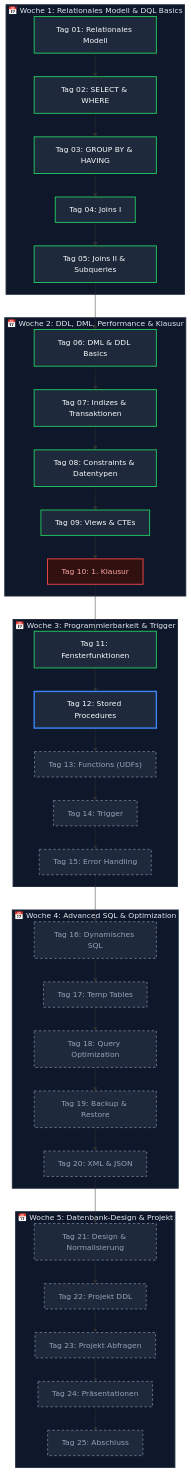
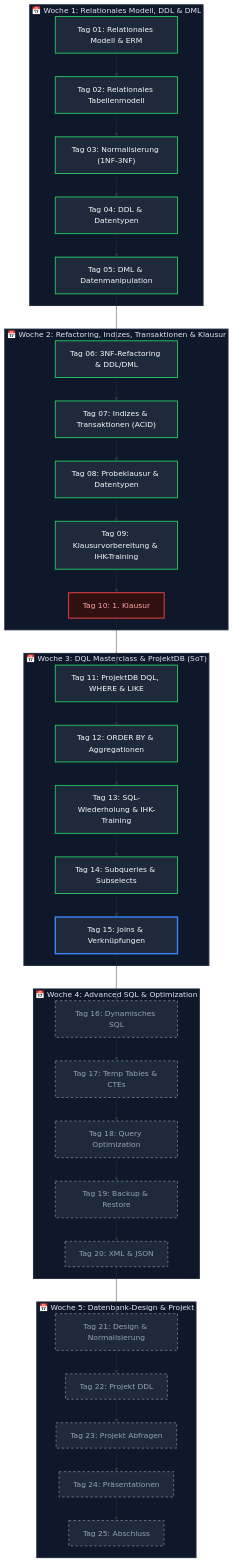
One commit to T-Boyke/SQL-Fundamentals changed the first of 2 diagrams in README.md. Above: the diagram before and after it, drawn with Mermaid. The commit also changed other lines of this file and 1 other file, not shown here.

Commit message:
docs(root): synchronize roadmap and table of contents with course progress

````diff
--- a/README.md
+++ b/README.md
@@ -20,60 +20,60 @@
 ```mermaid
 flowchart TD
-    subgraph W1["📅 Woche 1: Relationales Modell & DQL Basics"]
-        D01["Tag 01: Relationales Modell"] --> D02["Tag 02: SELECT & WHERE"]
-        D02 --> D03["Tag 03: GROUP BY & HAVING"]
-        D03 --> D04["Tag 04: Joins I"]
-        D04 --> D05["Tag 05: Joins II & Subqueries"]
+    subgraph W1["📅 Woche 1: Relationales Modell, DDL & DML"]
+        D01["Tag 01: Relationales Modell & ERM"] --> D02["Tag 02: Relationales Tabellenmodell"]
+        D02 --> D03["Tag 03: Normalisierung (1NF-3NF)"]
+        D03 --> D04["Tag 04: DDL & Datentypen"]
+        D04 --> D05["Tag 05: DML & Datenmanipulation"]
     end
 
-    subgraph W2["📅 Woche 2: DDL, DML, Performance & Klausur"]
-        D06["Tag 06: DML & DDL Basics"] --> D07["Tag 07: Indizes & Transaktionen"]
-        D07 --> D08["Tag 08: Constraints & Datentypen"]
-        D08 --> D09["Tag 09: Views & CTEs"]
+    subgraph W2["📅 Woche 2: Refactoring, Indizes, Transaktionen & Klausur"]
+        D06["Tag 06: 3NF-Refactoring & DDL/DML"] --> D07["Tag 07: Indizes & Transaktionen (ACID)"]
+        D07 --> D08["Tag 08: Probeklausur & Datentypen"]
+        D08 --> D09["Tag 09: Klausurvorbereitung & IHK-Training"]
         D09 --> D10["Tag 10: 1. Klausur"]
     end
 
-    subgraph W3["📅 Woche 3: Programmierbarkeit & Trigger"]
-        D11["Tag 11: Fensterfunktionen"] --> D12["Tag 12: Stored Procedures"]
-        D12 --> D13["Tag 13: Functions (UDFs)"]
-        D13 --> D14["Tag 14: Trigger"]
-        D14 --> D15["Tag 15: Error Handling"]
+    subgraph W3["📅 Woche 3: DQL Masterclass & ProjektDB (SoT)"]
+        D11["Tag 11: ProjektDB DQL, WHERE & LIKE"] --> D12["Tag 12: ORDER BY & Aggregationen"]
+        D12 --> D13["Tag 13: SQL-Wiederholung & IHK-Training"]
+        D13 --> D14["Tag 14: Subqueries & Subselects"]
+        D14 --> D15["Tag 15: Joins & Verknüpfungen"]
     end
 
     subgraph W4["📅 Woche 4: Advanced SQL & Optimization"]
-        D16["Tag 16: Dynamisches SQL"] --> D17["Tag 17: Temp Tables"]
-        D17 --> D18["Tag 18: Query Optimization"]
-        D18 --> D19["Tag 19: Backup & Restore"]
+        D16["Tag 16: Dynamisches SQL"] --> D17["Tag 17: Temp Tables & CTEs"]
+        D18["Tag 18: Query Optimization"] --> D19["Tag 19: Backup & Restore"]
+        D17 --> D18
         D19 --> D20["Tag 20: XML & JSON"]
     end
 
     subgraph W5["📅 Woche 5: Datenbank-Design & Projekt"]
         D21["Tag 21: Design & Normalisierung"] --> D22["Tag 22: Projekt DDL"]
         D22 --> D23["Tag 23: Projekt Abfragen"]
         D23 --> D24["Tag 24: Präsentationen"]
         D24 --> D25["Tag 25: Abschluss"]
     end
 
     D05 --> D06
     D10 --> D11
     D15 --> D16
     D20 --> D21
 
     %% Style classes
     classDef completed fill:#1e293b,stroke:#22c55e,stroke-width:2px,color:#f8fafc;
     classDef current fill:#1e293b,stroke:#3b82f6,stroke-width:3px,color:#f8fafc;
     classDef pending fill:#1e293b,stroke:#64748b,stroke-width:2px,stroke-dasharray: 5 5,color:#94a3b8;
     classDef exam fill:#311010,stroke:#ef4444,stroke-width:2px,color:#fca5a5;
 
-    class D01,D02,D03,D04,D05,D06,D07,D08,D09,D11 completed;
-    class D12 current;
-    class D13,D14,D15,D16,D17,D18,D19,D20,D21,D22,D23,D24,D25 pending;
+    class D01,D02,D03,D04,D05,D06,D07,D08,D09,D11,D12,D13,D14 completed;
+    class D15 current;
+    class D16,D17,D18,D19,D20,D21,D22,D23,D24,D25 pending;
     class D10 exam;
 
     %% Subgraph Styles
     style W1 fill:#0f172a,stroke:#1e293b,stroke-width:2px,color:#e2e8f0
     style W2 fill:#0f172a,stroke:#1e293b,stroke-width:2px,color:#e2e8f0
     style W3 fill:#0f172a,stroke:#1e293b,stroke-width:2px,color:#e2e8f0
     style W4 fill:#0f172a,stroke:#1e293b,stroke-width:2px,color:#e2e8f0
     style W5 fill:#0f172a,stroke:#1e293b,stroke-width:2px,color:#e2e8f0
 ```
````
